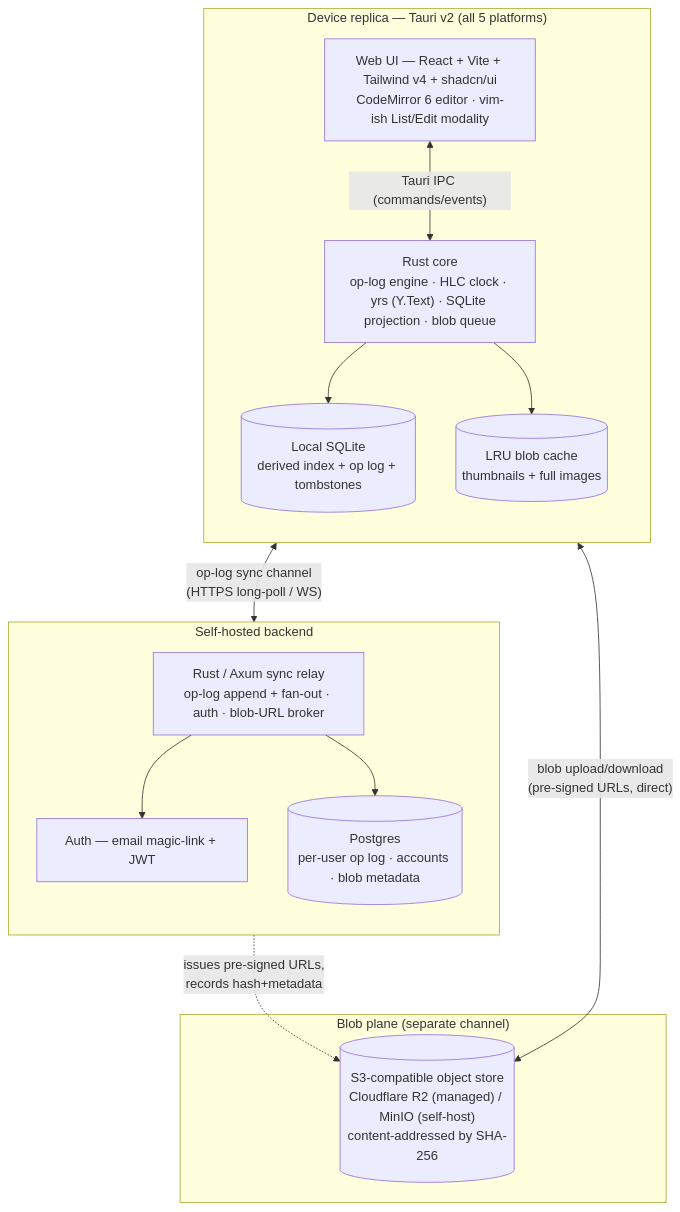
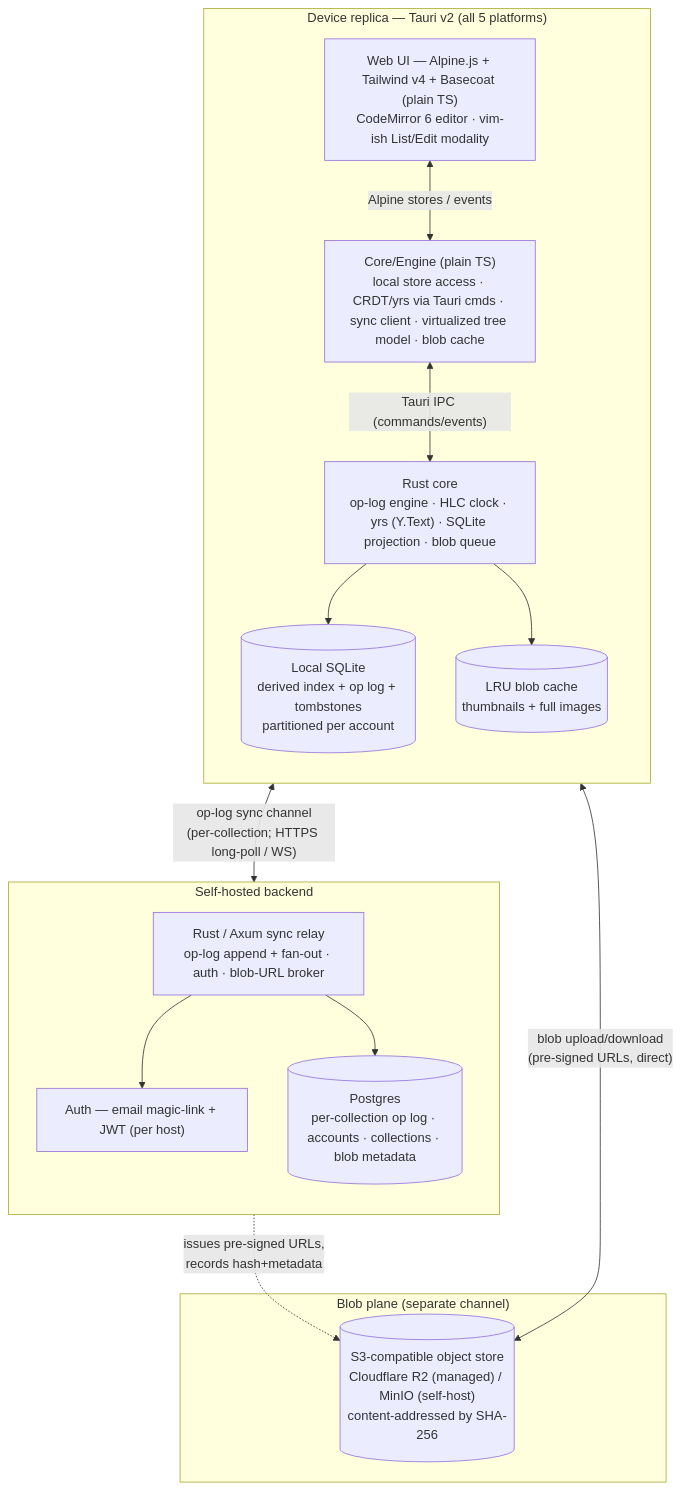
One commit to erancihan/erancihan changed the first of 3 diagrams in projects/todo-app/docs/02-architecture.md. Above: the diagram before and after it, drawn with Mermaid. The commit also changed other lines of this file and 5 other files, not shown here.

First line of the commit message:
docs(todo-app): rename to Daybook; Alpine/Basecoat stack, m2m Collections, multi-host

````diff
--- a/projects/todo-app/docs/02-architecture.md
+++ b/projects/todo-app/docs/02-architecture.md
@@ -19,30 +19,32 @@
 ```mermaid
 flowchart TB
   subgraph Client["Device replica — Tauri v2 (all 5 platforms)"]
     direction TB
-    UI["Web UI — React + Vite + Tailwind v4 + shadcn/ui<br/>CodeMirror 6 editor · vim-ish List/Edit modality"]
+    UI["Web UI — Alpine.js + Tailwind v4 + Basecoat (plain TS)<br/>CodeMirror 6 editor · vim-ish List/Edit modality"]
+    Engine["Core/Engine (plain TS)<br/>local store access · CRDT/yrs via Tauri cmds · sync client · virtualized tree model · blob cache"]
     Core["Rust core<br/>op-log engine · HLC clock · yrs (Y.Text) · SQLite projection · blob queue"]
-    SQLite[("Local SQLite<br/>derived index + op log + tombstones")]
+    SQLite[("Local SQLite<br/>derived index + op log + tombstones<br/>partitioned per account")]
     Cache[("LRU blob cache<br/>thumbnails + full images")]
-    UI <-->|"Tauri IPC (commands/events)"| Core
+    UI <-->|"Alpine stores / events"| Engine
+    Engine <-->|"Tauri IPC (commands/events)"| Core
     Core --> SQLite
     Core --> Cache
   end
 
   subgraph Server["Self-hosted backend"]
     direction TB
     Relay["Rust / Axum sync relay<br/>op-log append + fan-out · auth · blob-URL broker"]
-    Auth["Auth — email magic-link + JWT"]
-    PG[("Postgres<br/>per-user op log · accounts · blob metadata")]
+    Auth["Auth — email magic-link + JWT (per host)"]
+    PG[("Postgres<br/>per-collection op log · accounts · collections · blob metadata")]
     Relay --> Auth
     Relay --> PG
   end
 
   subgraph Blob["Blob plane (separate channel)"]
     Store[("S3-compatible object store<br/>Cloudflare R2 (managed) / MinIO (self-host)<br/>content-addressed by SHA-256")]
   end
 
-  Core <-->|"op-log sync channel<br/>(HTTPS long-poll / WS)"| Relay
+  Core <-->|"op-log sync channel<br/>(per-collection; HTTPS long-poll / WS)"| Relay
   Core <-->|"blob upload/download<br/>(pre-signed URLs, direct)"| Store
   Relay -.->|"issues pre-signed URLs,<br/>records hash+metadata"| Store
 ```
````
